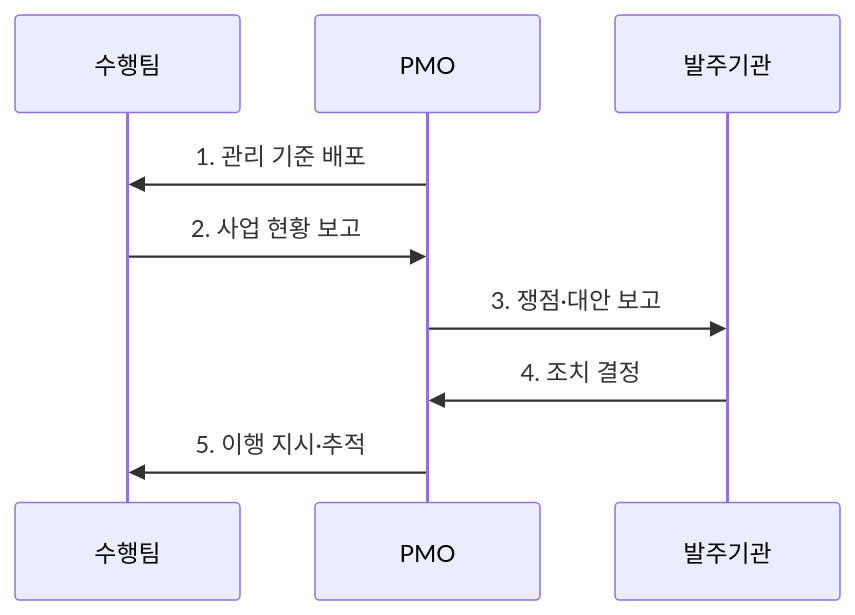
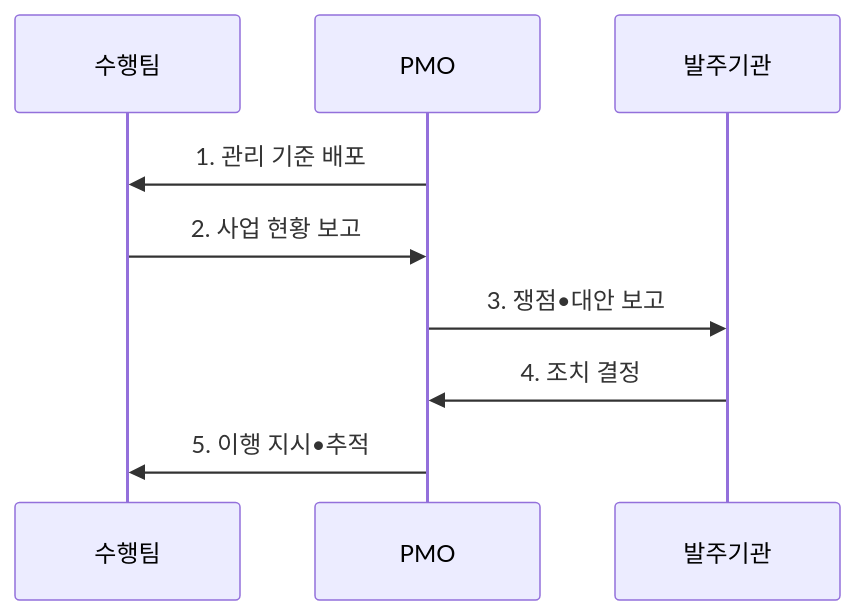
The second of 2 diagrams in src/content/docs/notes/07-law-policy/008_pmo_project_management_office.md (agnusdei1207/knowledge-base), drawn with Mermaid before and after one commit. The commit also changed other lines of this file and 953 other files, not shown here.

````diff
--- a/src/content/docs/notes/07-law-policy/008_pmo_project_management_office.md
+++ b/src/content/docs/notes/07-law-policy/008_pmo_project_management_office.md
@@ -104,11 +104,11 @@
 ```mermaid
 sequenceDiagram
     participant T as 수행팀
     participant P as PMO
     participant O as 발주기관
     P->>T: 1. 관리 기준 배포
     T->>P: 2. 사업 현황 보고
-    P->>O: 3. 쟁점·대안 보고
+    P->>O: 3. 쟁점•대안 보고
     O->>P: 4. 조치 결정
-    P->>T: 5. 이행 지시·추적
+    P->>T: 5. 이행 지시•추적
 ```
````
